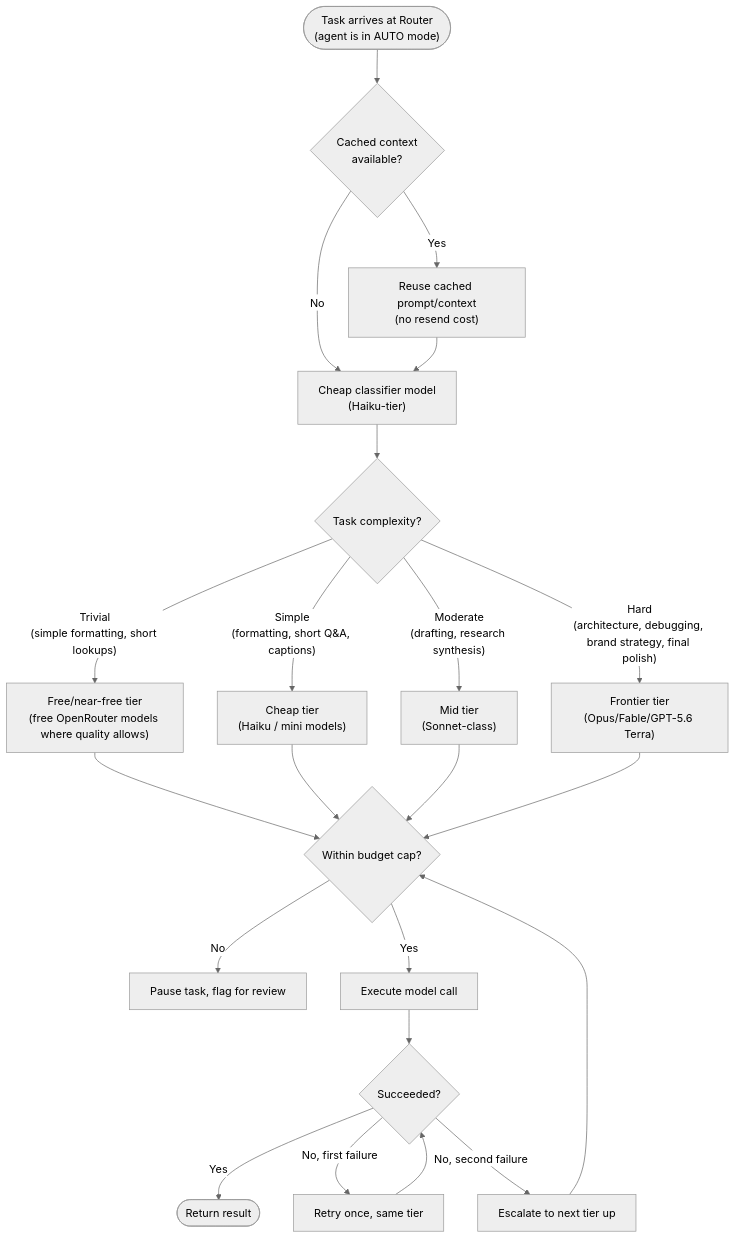
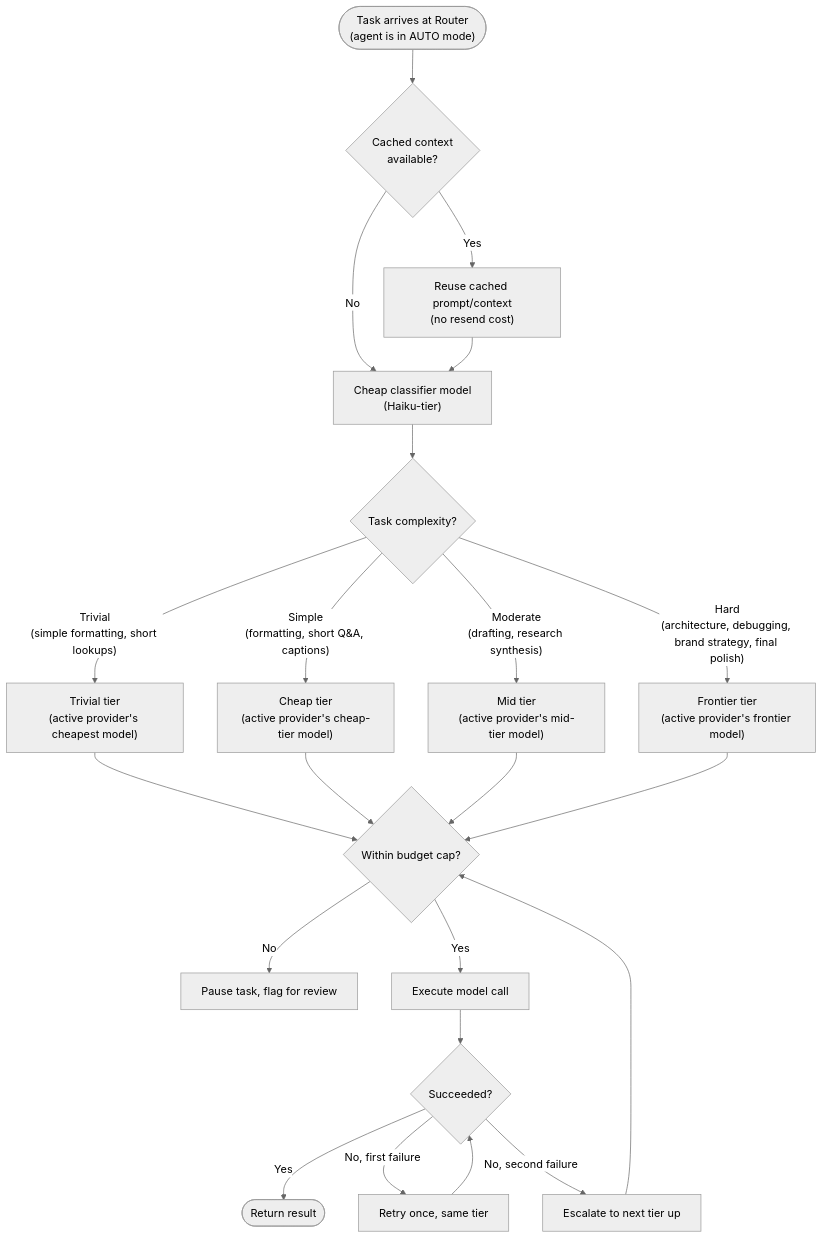
One commit to meetrakib/orbicrew_master changed the fourth of 8 diagrams in docs/leangine-office-docs/tech/03_system_design.md. Above: the diagram before and after it, drawn with Mermaid (neutral theme). The commit also changed other lines of this file and 4 other files, not shown here.

````diff
--- a/docs/leangine-office-docs/tech/03_system_design.md
+++ b/docs/leangine-office-docs/tech/03_system_design.md
@@ -180,24 +180,24 @@
 ```mermaid
 flowchart TD
     Start(["Task arrives at Router<br/>(agent is in AUTO mode)"]) --> Cache{"Cached context<br/>available?"}
     Cache -->|Yes| UseCache["Reuse cached prompt/context<br/>(no resend cost)"]
     Cache -->|No| Classify["Cheap classifier model<br/>(Haiku-tier)"]
     UseCache --> Classify
     Classify --> Complexity{"Task complexity?"}
-    Complexity -->|"Trivial<br/>(simple formatting, short lookups)"| Free["Free/near-free tier<br/>(free OpenRouter models where quality allows)"]
-    Complexity -->|"Simple<br/>(formatting, short Q&A, captions)"| Cheap["Cheap tier<br/>(Haiku / mini models)"]
-    Complexity -->|"Moderate<br/>(drafting, research synthesis)"| Mid["Mid tier<br/>(Sonnet-class)"]
-    Complexity -->|"Hard<br/>(architecture, debugging, brand strategy, final polish)"| Frontier["Frontier tier<br/>(Opus/Fable/GPT-5.6 Terra)"]
+    Complexity -->|"Trivial<br/>(simple formatting, short lookups)"| Free["Trivial tier<br/>(active provider's cheapest model)"]
+    Complexity -->|"Simple<br/>(formatting, short Q&A, captions)"| Cheap["Cheap tier<br/>(active provider's cheap-tier model)"]
+    Complexity -->|"Moderate<br/>(drafting, research synthesis)"| Mid["Mid tier<br/>(active provider's mid-tier model)"]
+    Complexity -->|"Hard<br/>(architecture, debugging, brand strategy, final polish)"| Frontier["Frontier tier<br/>(active provider's frontier model)"]
     Free --> Budget{"Within budget cap?"}
     Cheap --> Budget
     Mid --> Budget
     Frontier --> Budget
     Budget -->|No| Pause["Pause task, flag for review"]
     Budget -->|Yes| Execute["Execute model call"]
     Execute --> Success{"Succeeded?"}
     Success -->|Yes| Return(["Return result"])
     Success -->|No, first failure| Retry["Retry once, same tier"]
     Success -->|No, second failure| EscalateUp["Escalate to next tier up"]
     Retry --> Success
     EscalateUp --> Budget
 ```
````
